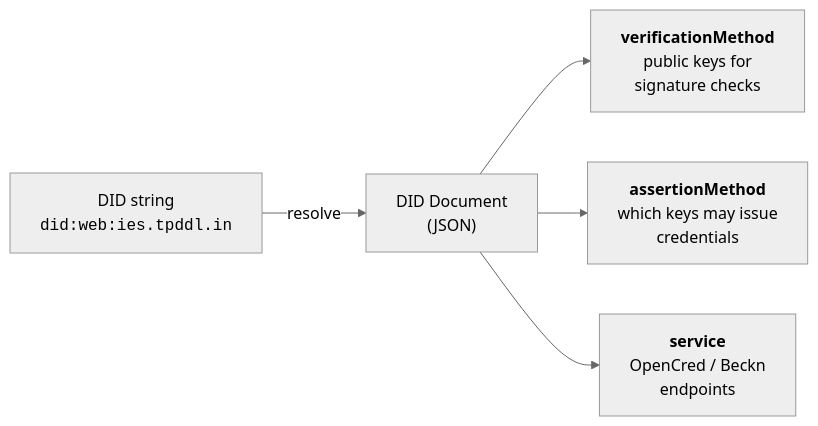
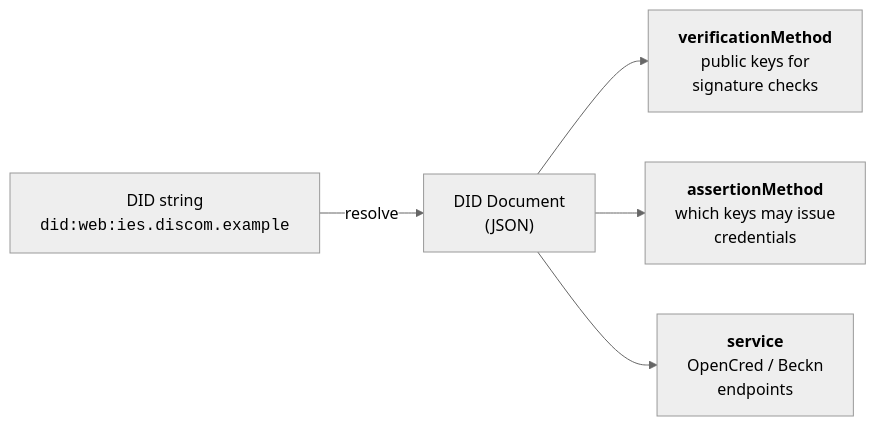
The diagram in what-ies-provides/identifiers/README.md (India-Energy-Stack/ies-accelerator), drawn with Mermaid (neutral theme) before and after one commit. The commit also changed other lines of this file and 119 other files, not shown here.

First line of the commit message:
docs: rename P2P Energy Trading, genericize entity names, GitBook schema permalinks, Download PDF nav

````diff
--- a/what-ies-provides/identifiers/README.md
+++ b/what-ies-provides/identifiers/README.md
@@ -182,7 +182,7 @@
 ```mermaid
 flowchart LR
-  A["DID string<br/><code>did:web:ies.tpddl.in</code>"] -->|resolve| B["DID Document<br/>(JSON)"]
+  A["DID string<br/><code>did:web:ies.discom.example</code>"] -->|resolve| B["DID Document<br/>(JSON)"]
   B --> C["<b>verificationMethod</b><br/>public keys for<br/>signature checks"]
   B --> D["<b>assertionMethod</b><br/>which keys may issue<br/>credentials"]
   B --> E["<b>service</b><br/>OpenCred / Beckn<br/>endpoints"]
 ```
````
